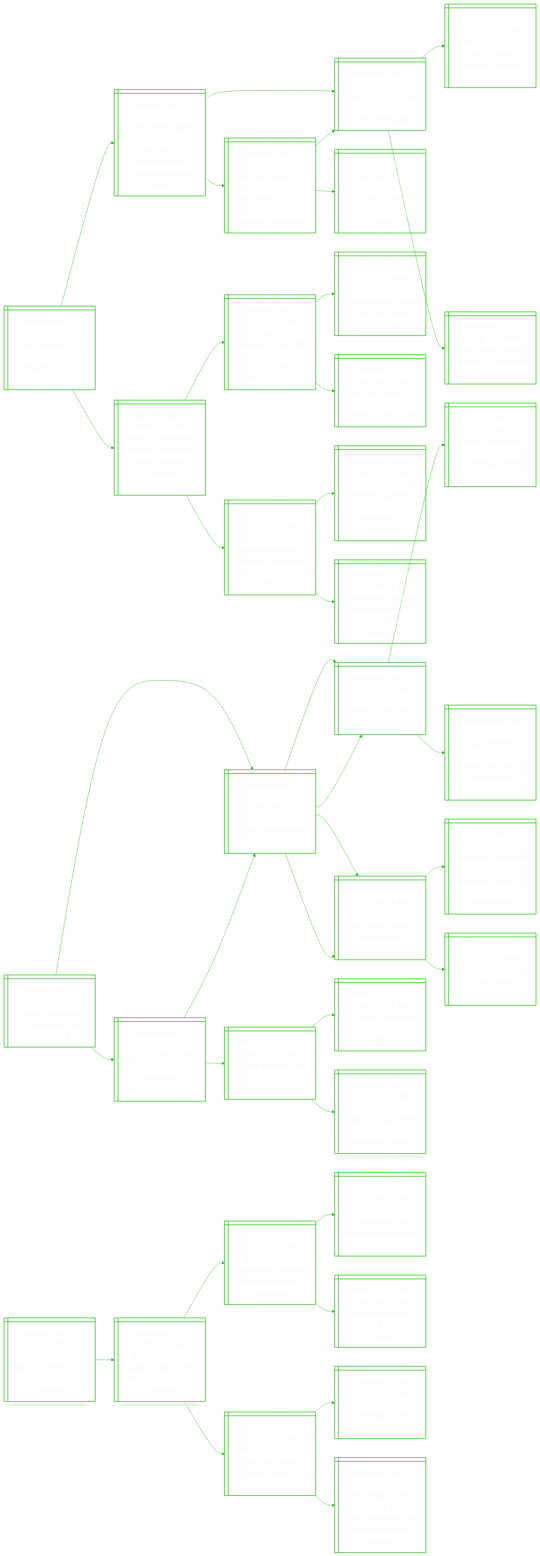
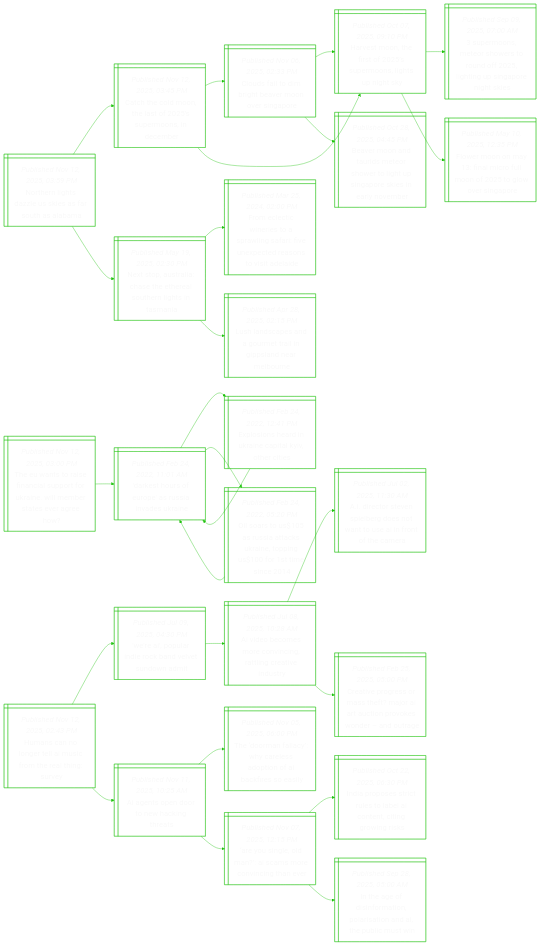
Before and after one commit to notJmes/notJmes: the diagram in README.md, drawn with Mermaid. The commit also changed other lines of this file, not shown here.

````diff
--- a/README.md
+++ b/README.md
@@ -16,121 +16,88 @@
 flowchart LR
 classDef txtsize font-size:20px;
 
-Tddisepooes@{ shape: win-pane, label: "_Published Nov 12, 2025, 10:39 AM_
-Trump defends h-1b visas as needed despite moves to raise costs" }
-TaitreHaevnhibrwr@{ shape: win-pane, label: "_Published Sep 23, 2025, 10:07 PM_
-Trump administration proposes new h-1b visa process favouring higher-skilled, better-paid workers" }
-Wsvrmdspgt@{ shape: win-pane, label: "_Published Sep 21, 2025, 03:45 PM_
-What is us’ h-1b visa programme and how is trump changing it?" }
-Toiriltier@{ shape: win-pane, label: "_Published Sep 21, 2025, 03:30 PM_
-Tech companies warn h-1b visa holders to avoid foreign travel" }
-Wuniiidv@{ shape: win-pane, label: "_Published Sep 20, 2025, 12:10 PM_
-Why trump’s inner circle is so divided on h-1b visas" }
-FniBeracSudaics@{ shape: win-pane, label: "_Published Sep 22, 2025, 07:45 AM_
-‘fast and furious’: h-1b workers abroad race back to us as trump order sparks dismay, confusion" }
-TtoeBealt@{ shape: win-pane, label: "_Published Sep 20, 2025, 04:36 AM_
-Trump to impose $130,000 fee for h-1b worker visas in blow to tech" }
-Wsvrmdspgt@{ shape: win-pane, label: "_Published Sep 21, 2025, 03:45 PM_
-What is us’ h-1b visa programme and how is trump changing it?" }
-Rndpiotmcirnrn@{ shape: win-pane, label: "_Published Sep 08, 2025, 11:00 PM_
-Raid on hyundai-lg plant in us points to trump’s focus on immigration enforcement" }
-WaanUerrfesodnr@{ shape: win-pane, label: "_Published Sep 05, 2025, 12:25 PM_
-Work paused at hyundai’s us site after hundreds of workers, mostly korean, detained in raid" }
-Dsinmtanoavr@{ shape: win-pane, label: "_Published Sep 05, 2025, 11:50 AM_
-Dozens detained in us immigration raids in new york state, governor says" }
-Iiroecyrgon@{ shape: win-pane, label: "_Published Jul 07, 2025, 09:20 AM_
-Ice raids derail los angeles economy as workers go into hiding" }
-SKwwrainmaroler@{ shape: win-pane, label: "_Published Sep 08, 2025, 01:26 PM_
-South korea wants workers detained in hyundai immigration raid to be able to re-enter us" }
-SKtdnrbswespr@{ shape: win-pane, label: "_Published Sep 08, 2025, 07:45 AM_
-South korea to fly detained workers back as us vows more raids on employers" }
-TsonanoniaHad@{ shape: win-pane, label: "_Published Sep 08, 2025, 08:31 AM_
-Trump says foreign companies need to train americans after hyundai raid" }
+NegaUeatla@{ shape: win-pane, label: "_Published Nov 12, 2025, 03:59 PM_
+Northern lights dazzle us skies as far south as alabama" }
+Ctlnasrscr@{ shape: win-pane, label: "_Published Nov 12, 2025, 03:45 PM_
+Catch the cold moon, the last of 2025’s supermoons, in december" }
+CstbtenSp@{ shape: win-pane, label: "_Published Nov 06, 2025, 02:33 PM_
+Clouds fail to dim bright beaver moon over singapore" }
+Hsnifenhns@{ shape: win-pane, label: "_Published Oct 07, 2025, 09:10 PM_
+Harvest moon, the first of 2025’s supermoons, lights up night sky" }
+Braumreipasile@{ shape: win-pane, label: "_Published Oct 28, 2025, 04:45 PM_
+Beaver moon and taurids meteor shower to light up singapore skies in early november" }
+Hsnifenhns@{ shape: win-pane, label: "_Published Oct 07, 2025, 09:10 PM_
+Harvest moon, the first of 2025’s supermoons, lights up night sky" }
+smmreroggnrhe@{ shape: win-pane, label: "_Published Sep 09, 2025, 07:00 AM_
+3 supermoons, meteor showers to round off 2025, lighting up singapore night skies" }
+FroFmfotwSp@{ shape: win-pane, label: "_Published May 10, 2025, 12:35 PM_
+Flower moon on may 13: final micro full moon of 2025 to glow over singapore" }
+Ntsiseeuntai@{ shape: win-pane, label: "_Published May 19, 2025, 02:30 PM_
+Next stop, australia: chase the ethereal southern lights in tasmania" }
+Fcietrnavxesota@{ shape: win-pane, label: "_Published Mar 25, 2024, 02:00 PM_
+From eclectic wineries to a sprawling safari: five unexpected reasons to visit adelaide" }
+LaanutipdMu@{ shape: win-pane, label: "_Published Apr 28, 2025, 02:15 PM_
+Lush landscapes and a gourmet trail in gippsland near melbourne" }
 
-Tddisepooes:::txtsize --> TaitreHaevnhibrwr:::txtsize
-TaitreHaevnhibrwr:::txtsize --> Wsvrmdspgt:::txtsize
-Wsvrmdspgt:::txtsize --> Toiriltier:::txtsize
-Wsvrmdspgt:::txtsize --> Wuniiidv:::txtsize
-TaitreHaevnhibrwr:::txtsize --> FniBeracSudaics:::txtsize
-FniBeracSudaics:::txtsize --> TtoeBealt:::txtsize
-FniBeracSudaics:::txtsize --> Wsvrmdspgt:::txtsize
-Tddisepooes:::txtsize --> Rndpiotmcirnrn:::txtsize
-Rndpiotmcirnrn:::txtsize --> WaanUerrfesodnr:::txtsize
-WaanUerrfesodnr:::txtsize --> Dsinmtanoavr:::txtsize
-WaanUerrfesodnr:::txtsize --> Iiroecyrgon:::txtsize
-Rndpiotmcirnrn:::txtsize --> SKwwrainmaroler:::txtsize
-SKwwrainmaroler:::txtsize --> SKtdnrbswespr:::txtsize
-SKwwrainmaroler:::txtsize --> TsonanoniaHad:::txtsize
+NegaUeatla:::txtsize --> Ctlnasrscr:::txtsize
+Ctlnasrscr:::txtsize --> CstbtenSp:::txtsize
+CstbtenSp:::txtsize --> Hsnifenhns:::txtsize
+CstbtenSp:::txtsize --> Braumreipasile:::txtsize
+Ctlnasrscr:::txtsize --> Hsnifenhns:::txtsize
+Hsnifenhns:::txtsize --> smmreroggnrhe:::txtsize
+Hsnifenhns:::txtsize --> FroFmfotwSp:::txtsize
+NegaUeatla:::txtsize --> Ntsiseeuntai:::txtsize
+Ntsiseeuntai:::txtsize --> Fcietrnavxesota:::txtsize
+Ntsiseeuntai:::txtsize --> LaanutipdMu:::txtsize
 
-Wfcbuntobn@{ shape: win-pane, label: "_Published Nov 12, 2025, 10:19 AM_
-What if democrats’ big shutdown loss turns out to be a win?" }
-Usuoinoeveun@{ shape: win-pane, label: "_Published Nov 12, 2025, 04:21 AM_
-Us house returns to washington for vote to end government shutdown" }
-Uentbegno@{ shape: win-pane, label: "_Published Nov 05, 2025, 02:27 PM_
-Us government shutdown becomes longest in history" }
-AcobeaSdnsdh@{ shape: win-pane, label: "_Published Nov 01, 2025, 01:34 AM_
-Americans worry about next meal as us shutdown enters second month" }
-Uentesraosactt@{ shape: win-pane, label: "_Published Nov 04, 2025, 08:47 PM_
-Us government shutdown enters record 35th day as congressional inaction takes toll" }
-Dtrdctrotent@{ shape: win-pane, label: "_Published Nov 12, 2025, 06:01 AM_
-Dow notches record high close, traders bet on end to government shutdown" }
-UasieveunsHorte@{ shape: win-pane, label: "_Published Nov 11, 2025, 11:01 AM_
-Us senate passes bill to end government shutdown, sends it to house of representatives" }
-SsNieipre@{ shape: win-pane, label: "_Published Nov 11, 2025, 06:50 PM_
-Sti rises 1.2% on nov 11 amid mixed regional performance" }
-Tcsbcaomhwes@{ shape: win-pane, label: "_Published Nov 12, 2025, 06:55 AM_
-Trump claims ‘very big victory’ as us government shutdown vote nears" }
-Usuoinoeveun@{ shape: win-pane, label: "_Published Nov 12, 2025, 04:21 AM_
-Us house returns to washington for vote to end government shutdown" }
-Uentbegno@{ shape: win-pane, label: "_Published Nov 05, 2025, 02:27 PM_
-Us government shutdown becomes longest in history" }
-Dtrdctrotent@{ shape: win-pane, label: "_Published Nov 12, 2025, 06:01 AM_
-Dow notches record high close, traders bet on end to government shutdown" }
-Tttifolohwe@{ shape: win-pane, label: "_Published Nov 11, 2025, 08:14 AM_
-Trump threatens air traffic controllers over shutdown absences" }
-Uavstfat@{ shape: win-pane, label: "_Published Nov 10, 2025, 07:45 AM_
-Us senate advances bill to end federal shutdown" }
-Annoalsvuni@{ shape: win-pane, label: "_Published Nov 10, 2025, 10:23 PM_
-Airlines cancel more than 1,500 us flights on nov 10 as shutdown persists" }
+Twtsalorilbavrw@{ shape: win-pane, label: "_Published Nov 12, 2025, 03:00 PM_
+The eu wants to raise financial support for ukraine. will member states ever agree how?" }
+DsruasvUn@{ shape: win-pane, label: "_Published Feb 24, 2022, 11:01 AM_
+'darkest hours of europe' as russia invades ukraine" }
+Eshiaalocs@{ shape: win-pane, label: "_Published Feb 24, 2022, 12:41 PM_
+Explosions heard in ukraine capital kyiv, other cities" }
+DsruasvUn@{ shape: win-pane, label: "_Published Feb 24, 2022, 11:01 AM_
+'darkest hours of europe' as russia invades ukraine" }
+OaUuakaogrmc@{ shape: win-pane, label: "_Published Feb 24, 2022, 05:20 PM_
+Oil soars to us$105 as russia attacks ukraine, topping us$100 for 1st time since 2014" }
+DsruasvUn@{ shape: win-pane, label: "_Published Feb 24, 2022, 11:01 AM_
+'darkest hours of europe' as russia invades ukraine" }
 
-Wfcbuntobn:::txtsize --> Usuoinoeveun:::txtsize
-Usuoinoeveun:::txtsize --> Uentbegno:::txtsize
-Uentbegno:::txtsize --> AcobeaSdnsdh:::txtsize
-Uentbegno:::txtsize --> Uentesraosactt:::txtsize
-Usuoinoeveun:::txtsize --> Dtrdctrotent:::txtsize
-Dtrdctrotent:::txtsize --> UasieveunsHorte:::txtsize
-Dtrdctrotent:::txtsize --> SsNieipre:::txtsize
-Wfcbuntobn:::txtsize --> Tcsbcaomhwes:::txtsize
-Tcsbcaomhwes:::txtsize --> Usuoinoeveun:::txtsize
-Usuoinoeveun:::txtsize --> Uentbegno:::txtsize
-Usuoinoeveun:::txtsize --> Dtrdctrotent:::txtsize
-Tcsbcaomhwes:::txtsize --> Tttifolohwe:::txtsize
-Tttifolohwe:::txtsize --> Uavstfat:::txtsize
-Tttifolohwe:::txtsize --> Annoalsvuni:::txtsize
+Twtsalorilbavrw:::txtsize --> DsruasvUn:::txtsize
+DsruasvUn:::txtsize --> Eshiaalocs:::txtsize
+Eshiaalocs:::txtsize --> DsruasvUn:::txtsize
+DsruasvUn:::txtsize --> OaUuakaogrmc:::txtsize
+OaUuakaogrmc:::txtsize --> DsruasvUn:::txtsize
 
-Bingapclrscak@{ shape: win-pane, label: "_Published Nov 12, 2025, 08:55 AM_
-Britain plans tougher laws to protect public services from cyber attacks" }
-Bisejbtaftt@{ shape: win-pane, label: "_Published Oct 14, 2025, 01:20 PM_
-Britain sees 50% spike in major cyber attacks as top firms targeted" }
-BsisiPrCpysg@{ shape: win-pane, label: "_Published Oct 13, 2025, 06:42 AM_
-British ministers criticise pm starmer’s china policy amid spying row" }
-Upenocdyon@{ shape: win-pane, label: "_Published Sep 15, 2025, 06:20 PM_
-Uk drops case against two men accused of spying for china" }
-Hnruosd@{ shape: win-pane, label: "_Published Oct 09, 2025, 09:32 AM_
-How donald trump pulled off his gaza deal" }
-Bsirwrosrhet@{ shape: win-pane, label: "_Published Oct 08, 2025, 05:17 AM_
-British police arrest two over london ransomware of children’s data" }
-Gehrsnonlxi@{ shape: win-pane, label: "_Published Oct 02, 2025, 12:07 PM_
-Google says hackers are sending extortion e-mails to executives" }
-NardoGesdsrnat@{ shape: win-pane, label: "_Published Sep 30, 2025, 09:42 PM_
-New feature rolled out to keep google users worldwide safe from ransomware attacks" }
+Hsoelsorhu@{ shape: win-pane, label: "_Published Nov 12, 2025, 02:43 PM_
+Humans can no longer tell ai music from the real thing: survey" }
+WIldcdedd@{ shape: win-pane, label: "_Published Jul 09, 2025, 04:30 PM_
+'we're ai', popular indie rock band velvet sundown admit" }
+Aeoonitgtnr@{ shape: win-pane, label: "_Published Jul 08, 2025, 10:28 AM_
+Ai video becomes more convincing, rattling creative industry" }
+AeSnldotefoca@{ shape: win-pane, label: "_Published Jul 02, 2025, 11:30 AM_
+A.i. director steven spielberg does not want to use ai in front of the camera" }
+Ciossfortredda@{ shape: win-pane, label: "_Published Feb 25, 2025, 05:00 PM_
+Creative progress or mass theft? major ai art auction provokes wonder – and outrage" }
+Anerwir@{ shape: win-pane, label: "_Published Nov 11, 2025, 10:25 AM_
+Ai agents open door to new hacking threats" }
+Tofcceonbiol@{ shape: win-pane, label: "_Published Nov 05, 2025, 06:00 PM_
+The ‘doorman fallacy’: why careless adoption of ai backfires so easily" }
+Aulmsmoche@{ shape: win-pane, label: "_Published Nov 07, 2025, 12:15 PM_
+‘are you single, old man?’: ai scams more convincing than ever" }
+Ipsruolncgis@{ shape: win-pane, label: "_Published Oct 22, 2025, 06:30 PM_
+India proposes strict rules to label ai content, citing growing risks" }
+IadftosnIumi@{ shape: win-pane, label: "_Published Sep 28, 2025, 05:00 AM_
+In the age of disinformation, polarisation and ai, the public must win" }
 
-Bingapclrscak:::txtsize --> Bisejbtaftt:::txtsize
-Bisejbtaftt:::txtsize --> BsisiPrCpysg:::txtsize
-BsisiPrCpysg:::txtsize --> Upenocdyon:::txtsize
-BsisiPrCpysg:::txtsize --> Hnruosd:::txtsize
-Bisejbtaftt:::txtsize --> Bsirwrosrhet:::txtsize
-Bsirwrosrhet:::txtsize --> Gehrsnonlxi:::txtsize
-Bsirwrosrhet:::txtsize --> NardoGesdsrnat:::txtsize
+Hsoelsorhu:::txtsize --> WIldcdedd:::txtsize
+WIldcdedd:::txtsize --> Aeoonitgtnr:::txtsize
+Aeoonitgtnr:::txtsize --> AeSnldotefoca:::txtsize
+Aeoonitgtnr:::txtsize --> Ciossfortredda:::txtsize
+Hsoelsorhu:::txtsize --> Anerwir:::txtsize
+Anerwir:::txtsize --> Tofcceonbiol:::txtsize
+Anerwir:::txtsize --> Aulmsmoche:::txtsize
+Aulmsmoche:::txtsize --> Ipsruolncgis:::txtsize
+Aulmsmoche:::txtsize --> IadftosnIumi:::txtsize
 
 ```
````
